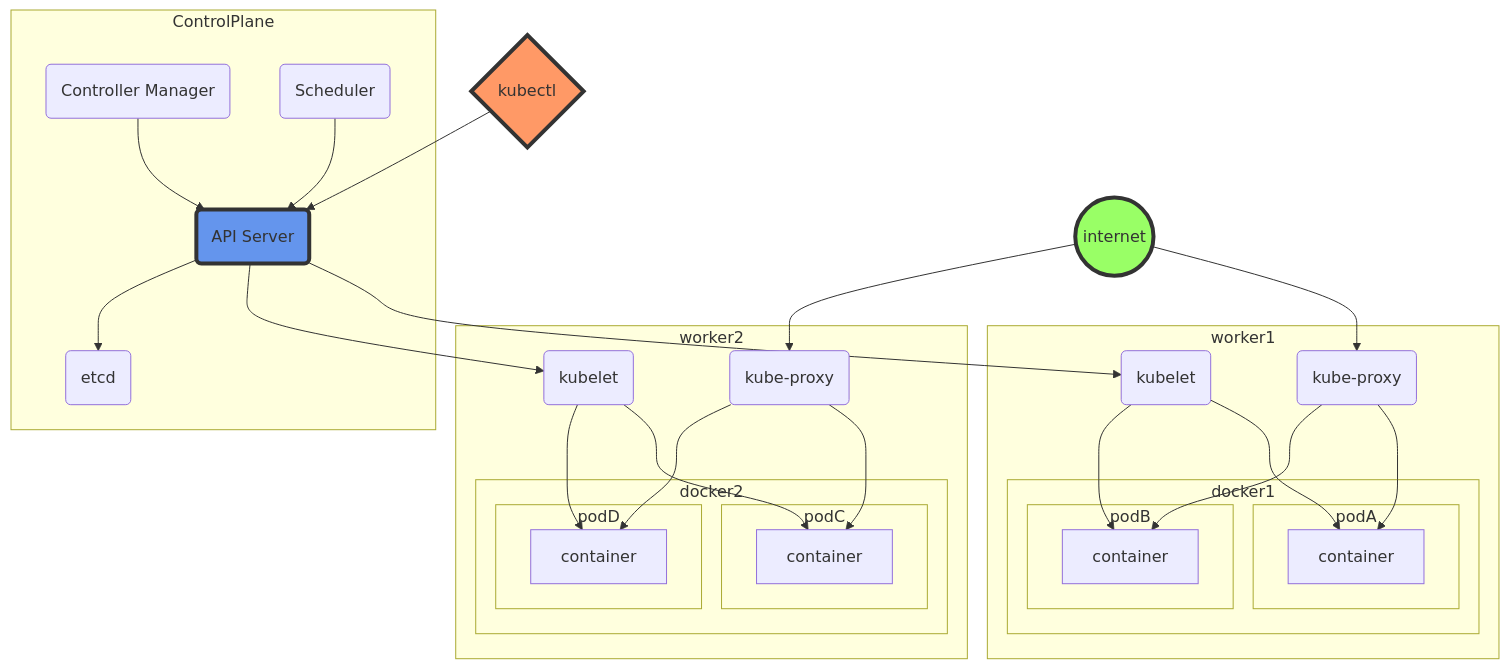
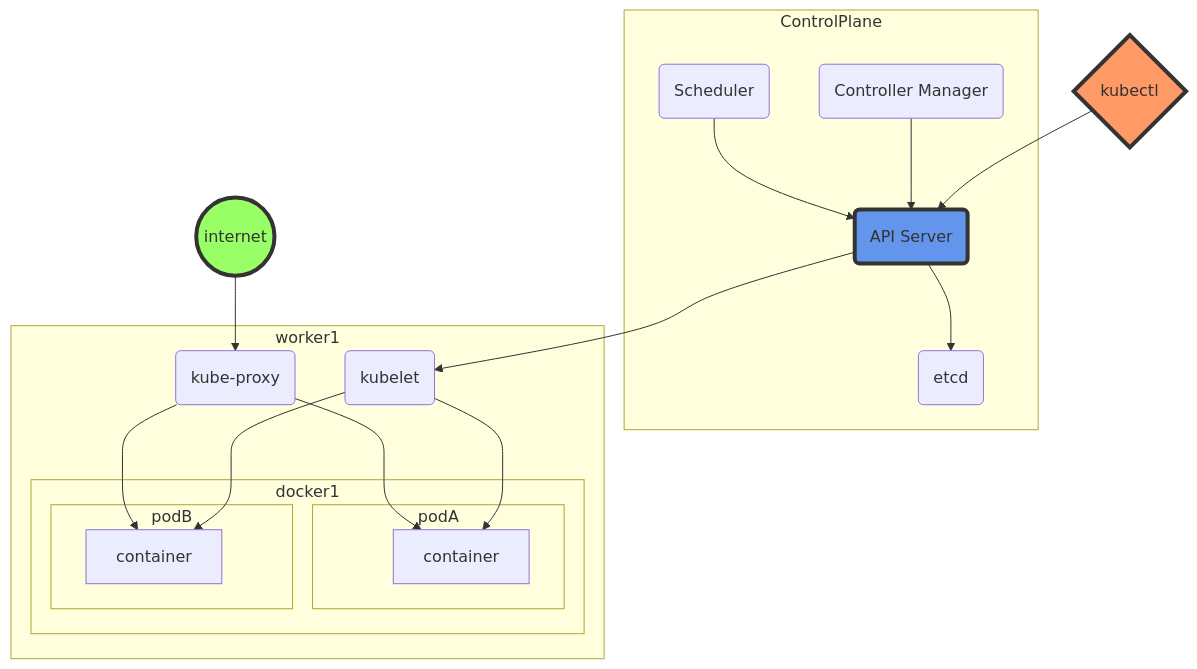
One commit to aws-samples/eks-workshop changed the diagram in content/introduction/architecture/architecture_control_and_data_overview.md. Above: the diagram before and after it, drawn with Mermaid. The commit also changed 1 other file, not shown here.

Commit message:
removing node2

```diff
--- a/content/introduction/architecture/architecture_control_and_data_overview.md
+++ b/content/introduction/architecture/architecture_control_and_data_overview.md
@@ -8,59 +8,41 @@
 {{<mermaid>}}
 graph TB
 internet((internet))
 kubectl{kubectl}
   subgraph ControlPlane
     api(API Server)
     controller(Controller Manager)
     scheduler(Scheduler)
     etcd(etcd)
   end
     subgraph worker1
       kubelet1(kubelet)
       kube-proxy1(kube-proxy)
       subgraph docker1
         subgraph podA
           containerA[container]
         end
         subgraph podB
           containerB[container]
         end
       end
     end
-    subgraph worker2
-      kubelet2(kubelet)
-      kube-proxy2(kube-proxy)
-      subgraph docker2
-        subgraph podC
-          containerC[container]
-        end
-        subgraph podD
-          containerD[container]
-        end
-      end
-    end
 
   internet-->kube-proxy1
-  internet-->kube-proxy2
   kubectl-->api
   controller-->api
   scheduler-->api
   api-->kubelet1
-  api-->kubelet2
   api-->etcd
   kubelet1-->containerA
   kubelet1-->containerB
-  kubelet2-->containerC
-  kubelet2-->containerD
   kube-proxy1-->containerA
   kube-proxy1-->containerB
-  kube-proxy2-->containerC
-  kube-proxy2-->containerD
 
   classDef green fill:#9f6,stroke:#333,stroke-width:4px;
   classDef orange fill:#f96,stroke:#333,stroke-width:4px;
   classDef blue fill:#6495ed,stroke:#333,stroke-width:4px;
   class api blue;
   class internet green;
   class kubectl orange;
 {{< /mermaid >}}
```
